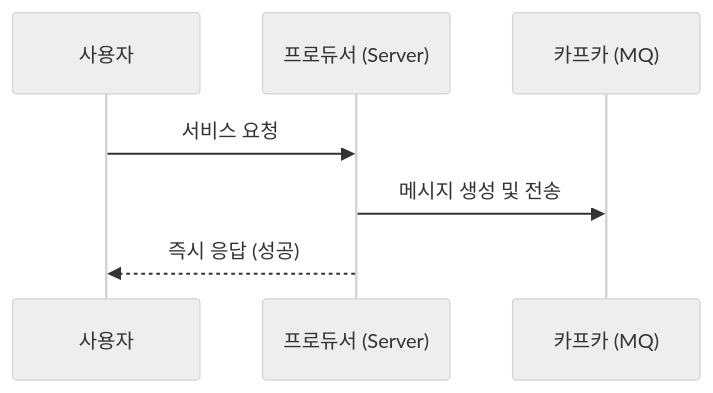
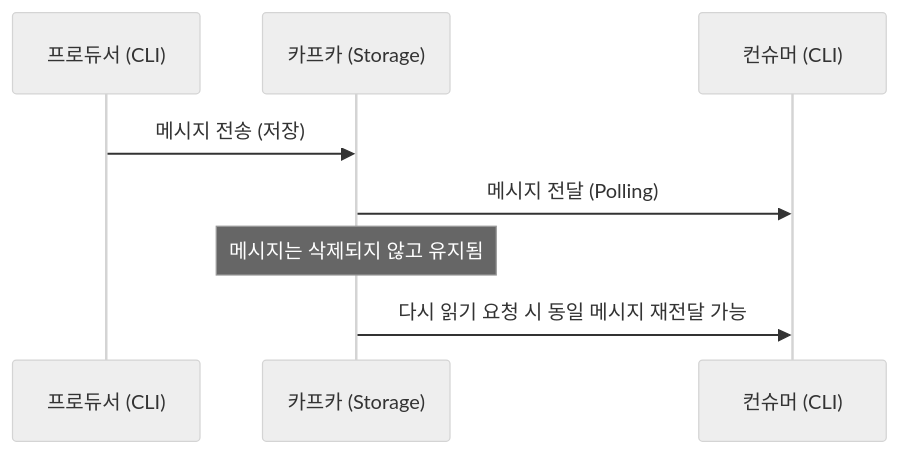
The first of 2 diagrams in 04-producer-consumer/ProducerConsumer.md (muzzaiwork/kafka), drawn with Mermaid (neutral theme) before and after one commit. The commit also changed other lines of this file and 1 other file, not shown here.

Commit message:
Add Kafka message production, consumption CLI guide and persistence explanation

````diff
--- a/04-producer-consumer/ProducerConsumer.md
+++ b/04-producer-consumer/ProducerConsumer.md
@@ -13,10 +54,11 @@
 ```mermaid
 sequenceDiagram
-    participant User as 사용자
-    participant Producer as 프로듀서 (Server)
-    participant Kafka as 카프카 (MQ)
+    participant P as 프로듀서 (CLI)
+    participant K as 카프카 (Storage)
+    participant C as 컨슈머 (CLI)
 
-    User->>Producer: 서비스 요청
-    Producer->>Kafka: 메시지 생성 및 전송
-    Producer-->>User: 즉시 응답 (성공)
+    P->>K: 메시지 전송 (저장)
+    K->>C: 메시지 전달 (Polling)
+    Note over K: 메시지는 삭제되지 않고 유지됨
+    K->>C: 다시 읽기 요청 시 동일 메시지 재전달 가능
 ```
````
